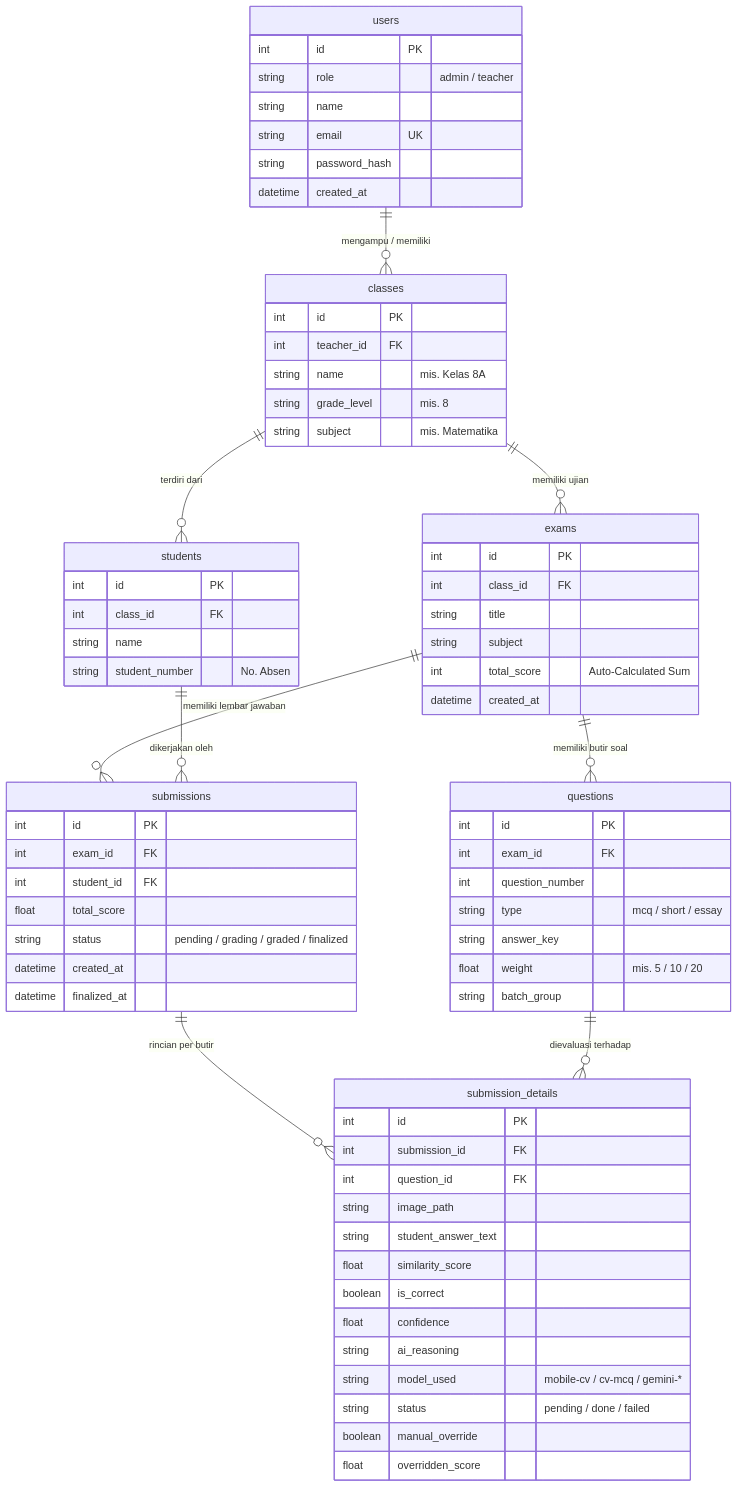
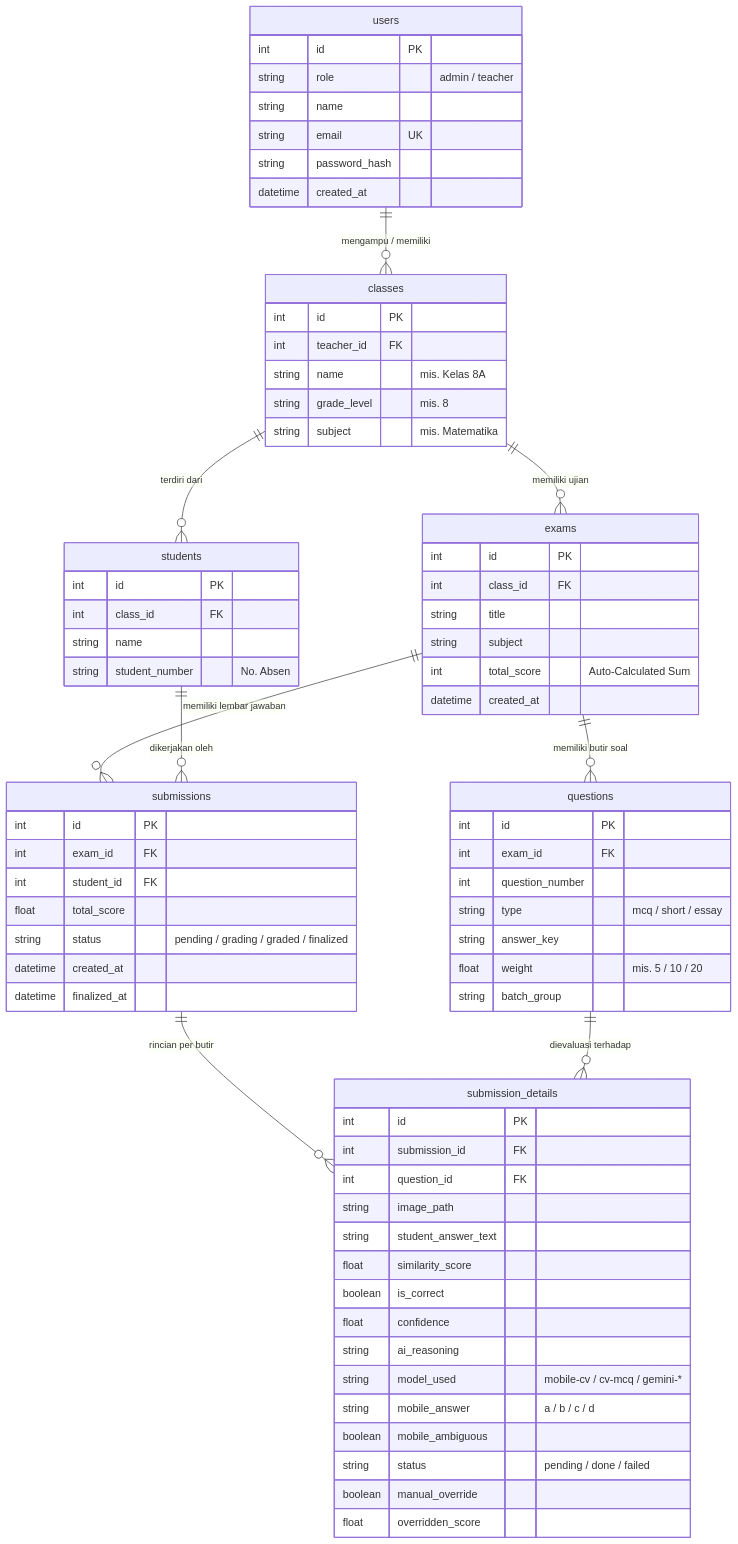
Before and after one commit to Hilahrezi/Vidyanetra: the diagram in docs/04-skema-database-dan-orm.md, drawn with Mermaid. The commit also changed other lines of this file and 19 other files, not shown here.

````diff
--- a/docs/04-skema-database-dan-orm.md
+++ b/docs/04-skema-database-dan-orm.md
@@ -9,80 +9,82 @@
 ```mermaid
 erDiagram
     users ||--o{ classes : "mengampu / memiliki"
     classes ||--o{ students : "terdiri dari"
     classes ||--o{ exams : "memiliki ujian"
     exams ||--o{ questions : "memiliki butir soal"
     exams ||--o{ submissions : "memiliki lembar jawaban"
     students ||--o{ submissions : "dikerjakan oleh"
     submissions ||--o{ submission_details : "rincian per butir"
     questions ||--o{ submission_details : "dievaluasi terhadap"
 
     users {
         int id PK
         string role "admin / teacher"
         string name
         string email UK
         string password_hash
         datetime created_at
     }
 
     classes {
         int id PK
         int teacher_id FK
         string name "mis. Kelas 8A"
         string grade_level "mis. 8"
         string subject "mis. Matematika"
     }
 
     students {
         int id PK
         int class_id FK
         string name
         string student_number "No. Absen"
     }
 
     exams {
         int id PK
         int class_id FK
         string title
         string subject
         int total_score "Auto-Calculated Sum"
         datetime created_at
     }
 
     questions {
         int id PK
         int exam_id FK
         int question_number
         string type "mcq / short / essay"
         string answer_key
         float weight "mis. 5 / 10 / 20"
         string batch_group
     }
 
     submissions {
         int id PK
         int exam_id FK
         int student_id FK
         float total_score
         string status "pending / grading / graded / finalized"
         datetime created_at
         datetime finalized_at
     }
 
     submission_details {
         int id PK
         int submission_id FK
         int question_id FK
         string image_path
         string student_answer_text
         float similarity_score
         boolean is_correct
         float confidence
         string ai_reasoning
         string model_used "mobile-cv / cv-mcq / gemini-*"
+        string mobile_answer "a / b / c / d"
+        boolean mobile_ambiguous
         string status "pending / done / failed"
         boolean manual_override
         float overridden_score
     }
 ```
````
